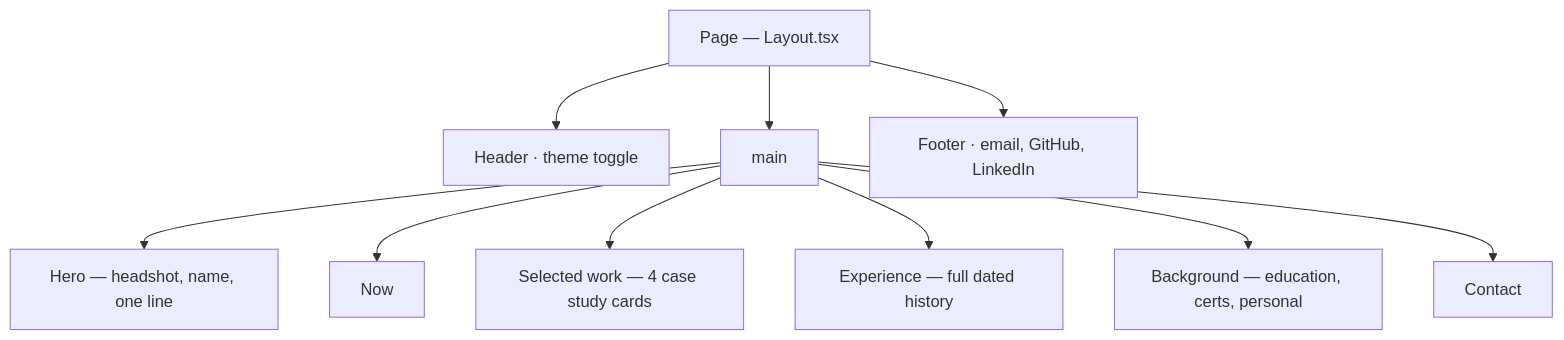
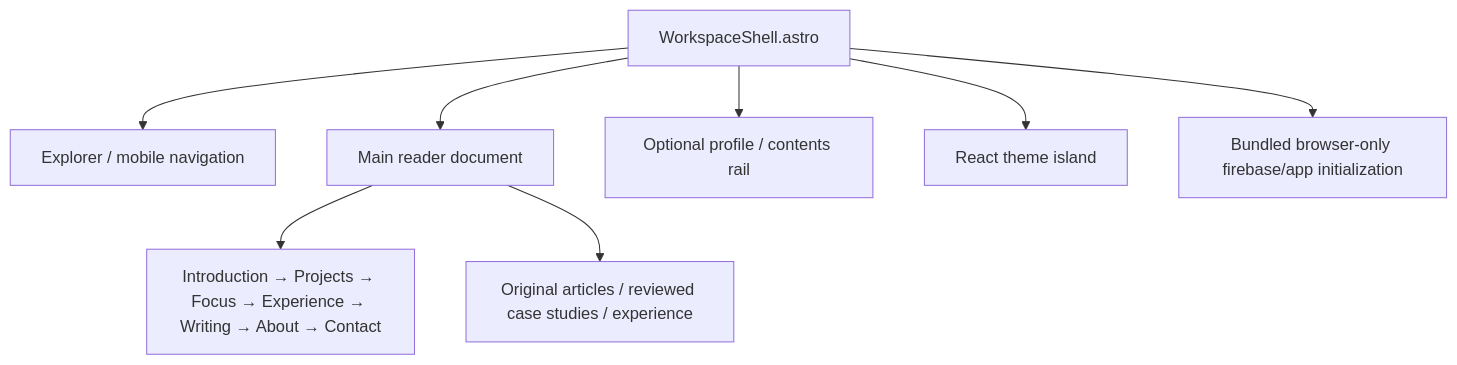
Before and after one commit to naz-mul/naz-mul.github.io: the second of 2 diagrams in README.md, drawn with Mermaid. The commit also changed other lines of this file and 148 other files, not shown here.

Commit message:
Build Developer Workspace with Astro and staged publication

````diff
--- a/README.md
+++ b/README.md
@@ -85,12 +43,10 @@
 ```mermaid
 flowchart TD
-    Page["Page — Layout.tsx"] --> Header["Header · theme toggle"]
-    Page --> Main["main"]
-    Page --> Footer["Footer · email, GitHub, LinkedIn"]
-    Main --> Hero["Hero — headshot, name, one line"]
-    Main --> Now["Now"]
-    Main --> Work["Selected work — 4 case study cards"]
-    Main --> Exp["Experience — full dated history"]
-    Main --> Bg["Background — education, certs, personal"]
-    Main --> Contact["Contact"]
+    Shell["WorkspaceShell.astro"] --> Explorer["Explorer / mobile navigation"]
+    Shell --> Main["Main reader document"]
+    Shell --> Rail["Optional profile / contents rail"]
+    Main --> Home["Introduction → Projects → Focus → Experience → Writing → About → Contact"]
+    Main --> Reading["Original articles / reviewed case studies / experience"]
+    Shell --> Theme["React theme island"]
+    Shell --> Firebase["Bundled browser-only firebase/app initialization"]
 ```
````
